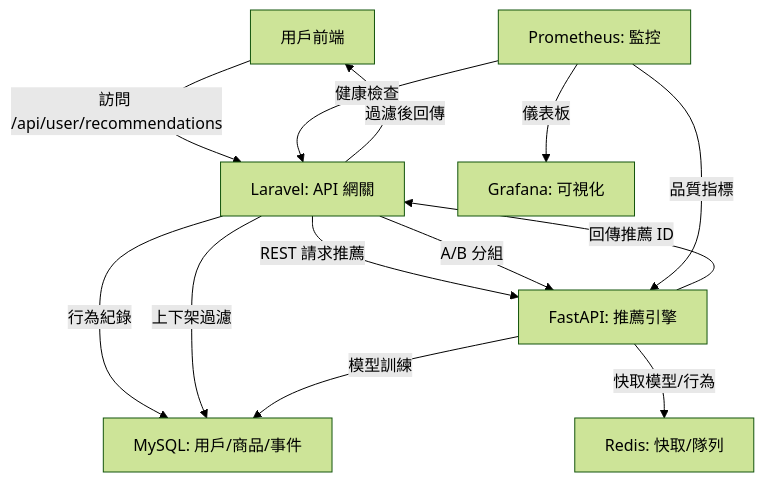
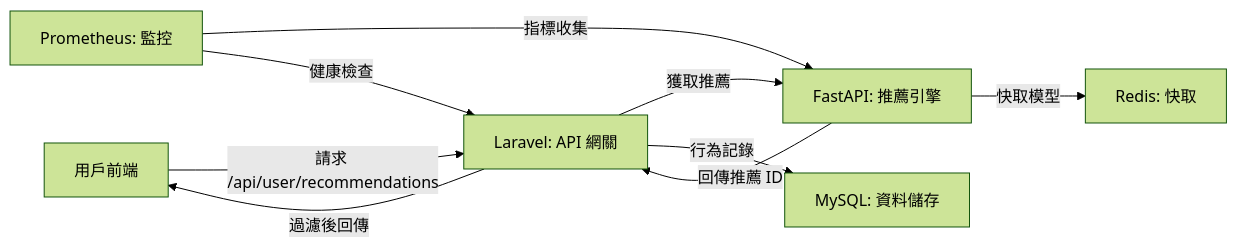
Before and after one commit to BpsEason/recommendation-system: the diagram in README.md, drawn with Mermaid (forest theme).

````diff
--- a/README.md
+++ b/README.md
@@ -34,15 +34,11 @@
 ```mermaid
-graph TD
-    A[用戶前端] -->|訪問 /api/user/recommendations| B[Laravel: API 網關]
-    B -->|REST 請求推薦| C[FastAPI: 推薦引擎]
+graph LR
+    A[用戶前端] -->|請求 /api/user/recommendations| B[Laravel: API 網關]
+    B -->|獲取推薦| C[FastAPI: 推薦引擎]
     C -->|回傳推薦 ID| B
     B -->|過濾後回傳| A
-    B -->|A/B 分組| C
-    B -->|行為紀錄| D[MySQL: 用戶/商品/事件]
-    B -->|上下架過濾| D
-    C -->|模型訓練| D
-    C -->|快取模型/行為| E[Redis: 快取/隊列]
-    F[Prometheus: 監控] -->|品質指標| C
+    B -->|行為記錄| D[MySQL: 資料儲存]
+    C -->|快取模型| E[Redis: 快取]
+    F[Prometheus: 監控] -->|指標收集| C
     F -->|健康檢查| B
-    F -->|儀表板| G[Grafana: 可視化]
 ```
````
